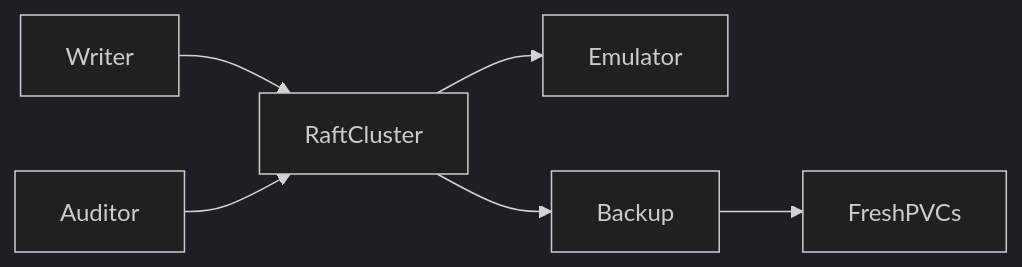
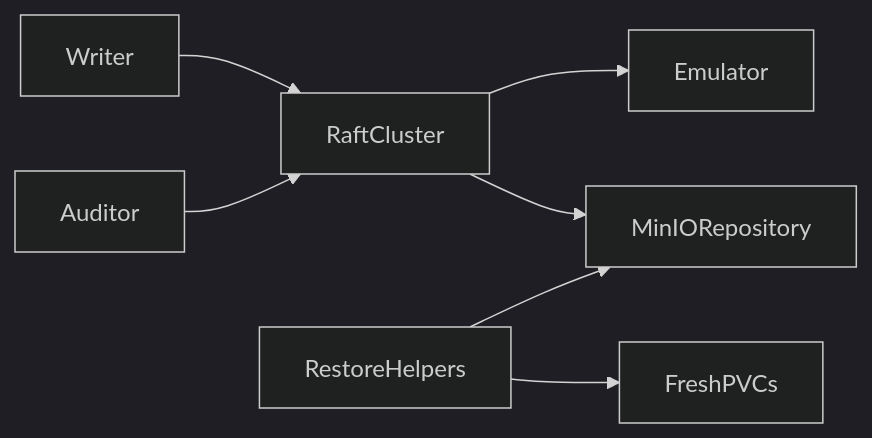
The diagram in tests/reliability/scenarios/k3d-procedure-inference-backup-restore/k3d-procedure-inference-backup-restore.md (MycelDB/mycel-lab), drawn with Mermaid (dark theme) before and after one commit. The commit also changed other lines of this file and 17 other files, not shown here.

````diff
--- a/tests/reliability/scenarios/k3d-procedure-inference-backup-restore/k3d-procedure-inference-backup-restore.md
+++ b/tests/reliability/scenarios/k3d-procedure-inference-backup-restore/k3d-procedure-inference-backup-restore.md
@@ -15,8 +17,9 @@
 ```mermaid
 graph LR
   Writer --> RaftCluster
   Auditor --> RaftCluster
   RaftCluster --> Emulator
-  RaftCluster --> Backup
-  Backup --> FreshPVCs
+  RaftCluster --> MinIORepository
+  RestoreHelpers --> MinIORepository
+  RestoreHelpers --> FreshPVCs
 ```
````
